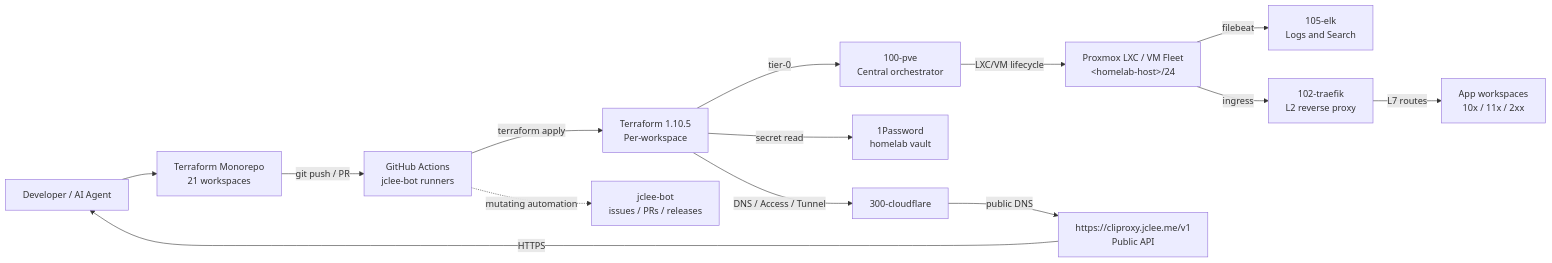
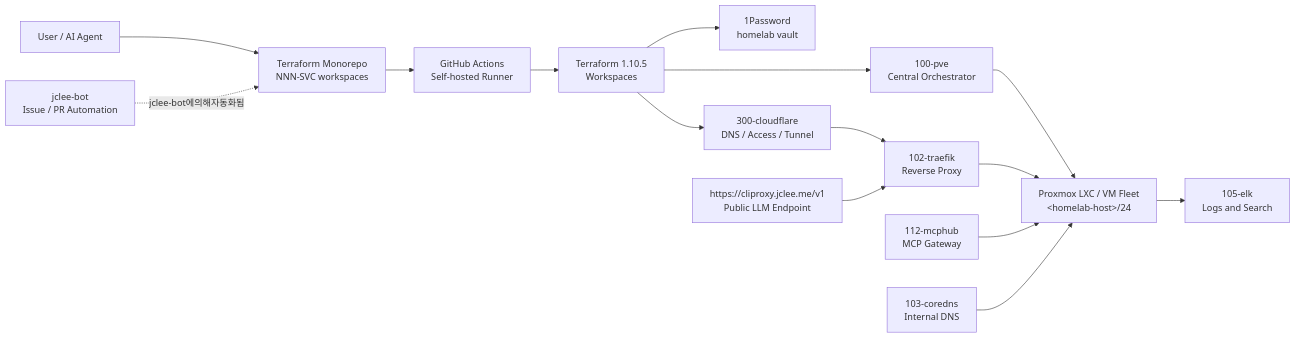
One commit to jclee941/terraform changed the first of 2 diagrams in README.md. Above: the diagram before and after it, drawn with Mermaid. The commit also changed other lines of this file, not shown here.

````diff
--- a/README.md
+++ b/README.md
@@ -55,16 +54,17 @@
 ```mermaid
 flowchart LR
-  Dev["Developer / AI Agent"] --> Repo["Terraform Monorepo<br/>21 workspaces"]
-  Repo -->|git push / PR| CI["GitHub Actions<br/>jclee-bot runners"]
-  CI -->|terraform apply| TF["Terraform 1.10.5<br/>Per-workspace"]
-  TF -->|tier-0| PVE["100-pve<br/>Central orchestrator"]
-  PVE -->|LXC/VM lifecycle| Fleet["Proxmox LXC / VM Fleet<br/>&lt;homelab-host&gt;/24"]
-  TF -->|secret read| OP["1Password<br/>homelab vault"]
-  TF -->|DNS / Access / Tunnel| CF["300-cloudflare"]
-  Fleet -->|filebeat| ELK["105-elk<br/>Logs and Search"]
-  Fleet -->|ingress| Traefik["102-traefik<br/>L2 reverse proxy"]
-  Traefik -->|L7 routes| Apps["App workspaces<br/>10x / 11x / 2xx"]
-  CF -->|public DNS| Public["https://cliproxy.jclee.me/v1<br/>Public API"]
-  Public -->|HTTPS| Dev
-  CI -.->|mutating automation| Bot["jclee-bot<br/>issues / PRs / releases"]
+  Agent["User / AI Agent"] --> Repo["Terraform Monorepo<br/>NNN-SVC workspaces"]
+  Repo --> CI["GitHub Actions<br/>Self-hosted Runner"]
+  CI --> TF["Terraform 1.10.5<br/>Workspaces"]
+  TF --> PVE["100-pve<br/>Central Orchestrator"]
+  PVE --> Fleet["Proxmox LXC / VM Fleet<br/>&lt;homelab-host&gt;/24"]
+  TF --> OP["1Password<br/>homelab vault"]
+  TF --> CF["300-cloudflare<br/>DNS / Access / Tunnel"]
+  Fleet --> ELK["105-elk<br/>Logs and Search"]
+  CF --> Traefik["102-traefik<br/>Reverse Proxy"]
+  Traefik --> Fleet
+  MCPHub["112-mcphub<br/>MCP Gateway"] --> Fleet
+  CoreDNS["103-coredns<br/>Internal DNS"] --> Fleet
+  Public["https://cliproxy.jclee.me/v1<br/>Public LLM Endpoint"] --> Traefik
+  Bot["jclee-bot<br/>Issue / PR Automation"] -.->|jclee-bot에의해자동화됨| Repo
 ```
````
